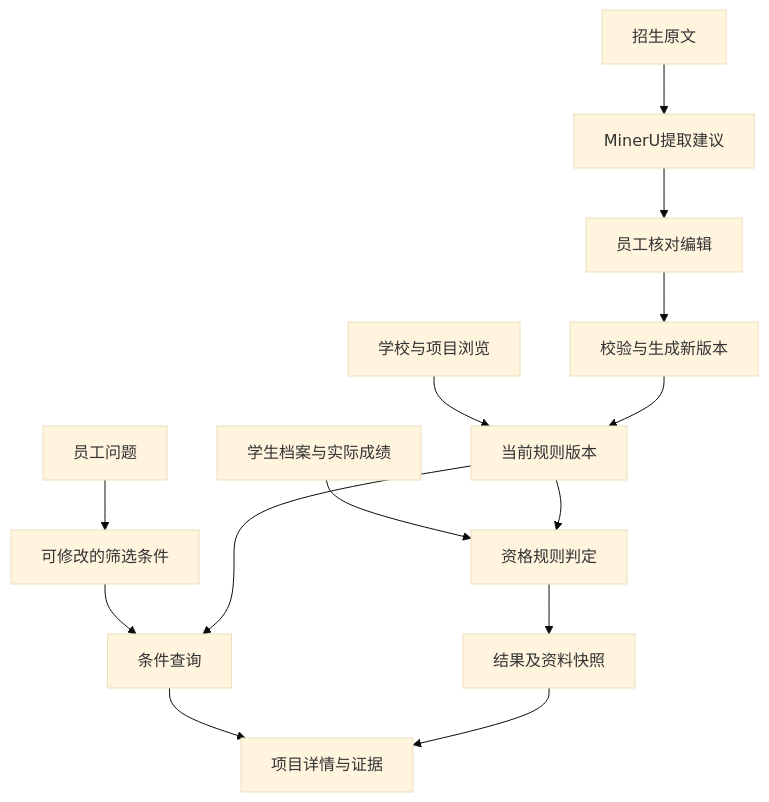
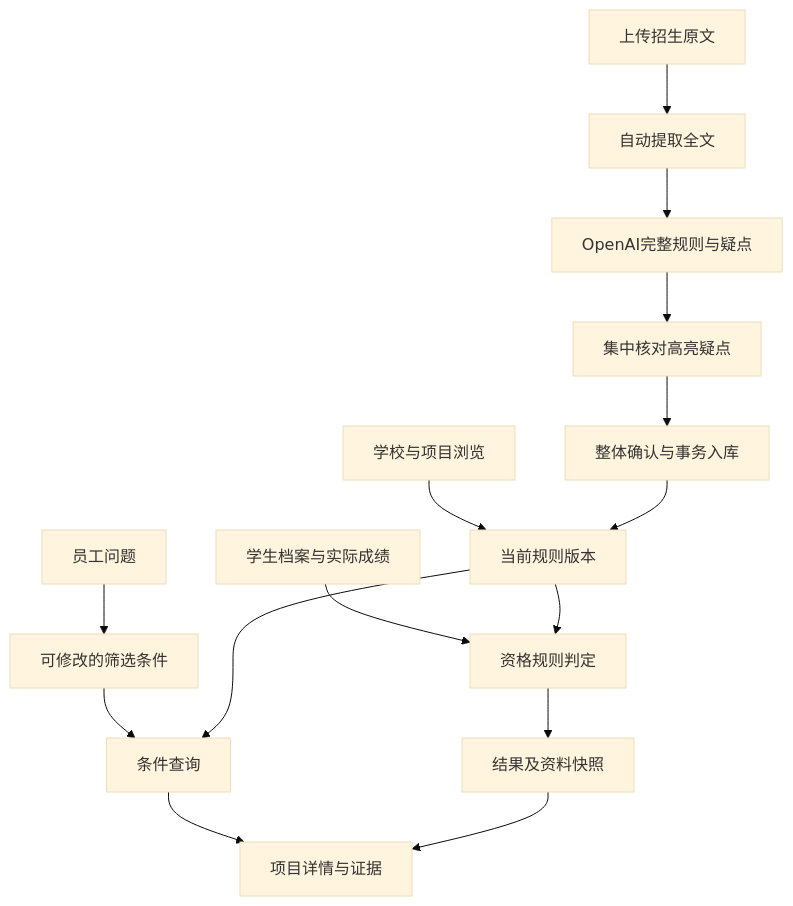
One commit to yangdyjp-glitch/SGU changed the diagram in docs/architecture.md. Above: the diagram before and after it, drawn with Mermaid (base theme). The commit also changed other lines of this file and 69 other files, not shown here.

````diff
--- a/docs/architecture.md
+++ b/docs/architecture.md
@@ -7,16 +7,17 @@
 ```mermaid
 flowchart TD
   Student[学生档案与实际成绩] --> Match[资格规则判定]
   Question[员工问题] --> Intent[可修改的筛选条件]
   Intent --> Query[条件查询]
   Browse[学校与项目浏览] --> Rules[当前规则版本]
   Rules --> Match
   Rules --> Query
   Match --> Snapshot[结果及资料快照]
   Query --> Detail[项目详情与证据]
   Snapshot --> Detail
-  File[招生原文] --> Extract[MinerU提取建议]
-  Extract --> Review[员工核对编辑]
-  Review --> Version[校验与生成新版本]
+  File[上传招生原文] --> Extract[自动提取全文]
+  Extract --> Organize[OpenAI完整规则与疑点]
+  Organize --> Review[集中核对高亮疑点]
+  Review --> Version[整体确认与事务入库]
   Version --> Rules
 ```
````
